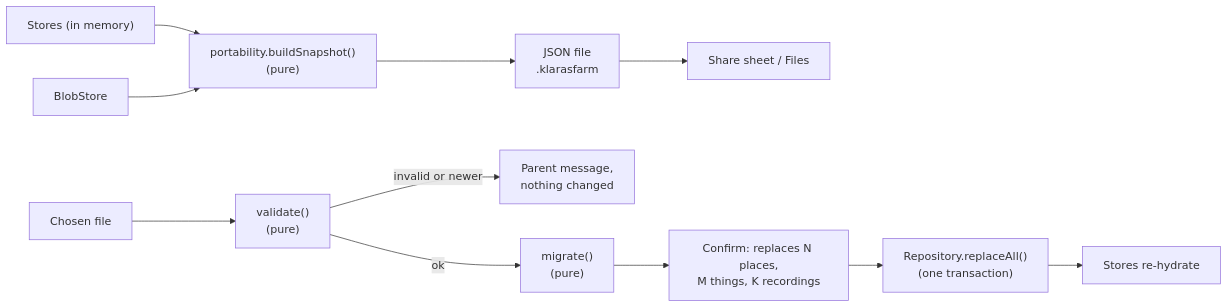
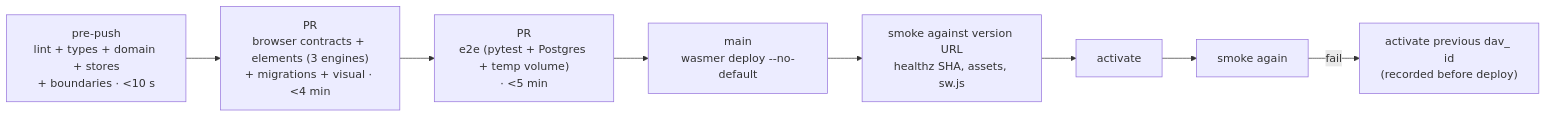
One commit to baalimago/klaras-farm changed the fifth of 5 diagrams in design/ARCHITECTURE.md. Above: the diagram before and after it, drawn with Mermaid. The commit also changed other lines of this file and 1 other file, not shown here.

First line of the commit message:
Revise architecture after five adversarial reviews; add motion-as-data

````diff
--- a/design/ARCHITECTURE.md
+++ b/design/ARCHITECTURE.md
@@ -367,9 +457,10 @@
 ```mermaid
 flowchart LR
-  A["Stores (in memory)"] --> B["portability.buildSnapshot()<br/>(pure)"]
-  C["BlobStore"] --> B
-  B --> D["JSON file<br/>.klarasfarm"] --> E["Share sheet / Files"]
-  F["Chosen file"] --> G["validate()<br/>(pure)"]
-  G -- invalid or newer --> H["Parent message,<br/>nothing changed"]
-  G -- ok --> I["migrate()<br/>(pure)"] --> J["Confirm: replaces N places,<br/>M things, K recordings"] --> K["Repository.replaceAll()<br/>(one transaction)"] --> L["Stores re-hydrate"]
+  A["pre-push<br/>lint + types + domain + stores<br/>+ boundaries · &lt;10 s"] --> B["PR<br/>browser contracts + elements (3 engines)<br/>+ migrations + visual · &lt;4 min"]
+  B --> C["PR<br/>e2e (pytest + Postgres + temp volume)<br/>· &lt;5 min"]
+  C --> D["main<br/>wasmer deploy --no-default"]
+  D --> E["smoke against version URL<br/>healthz SHA, assets, sw.js"]
+  E --> F["activate"]
+  F --> G["smoke again"]
+  G -- fail --> H["activate previous dav_ id<br/>(recorded before deploy)"]
 ```
````
